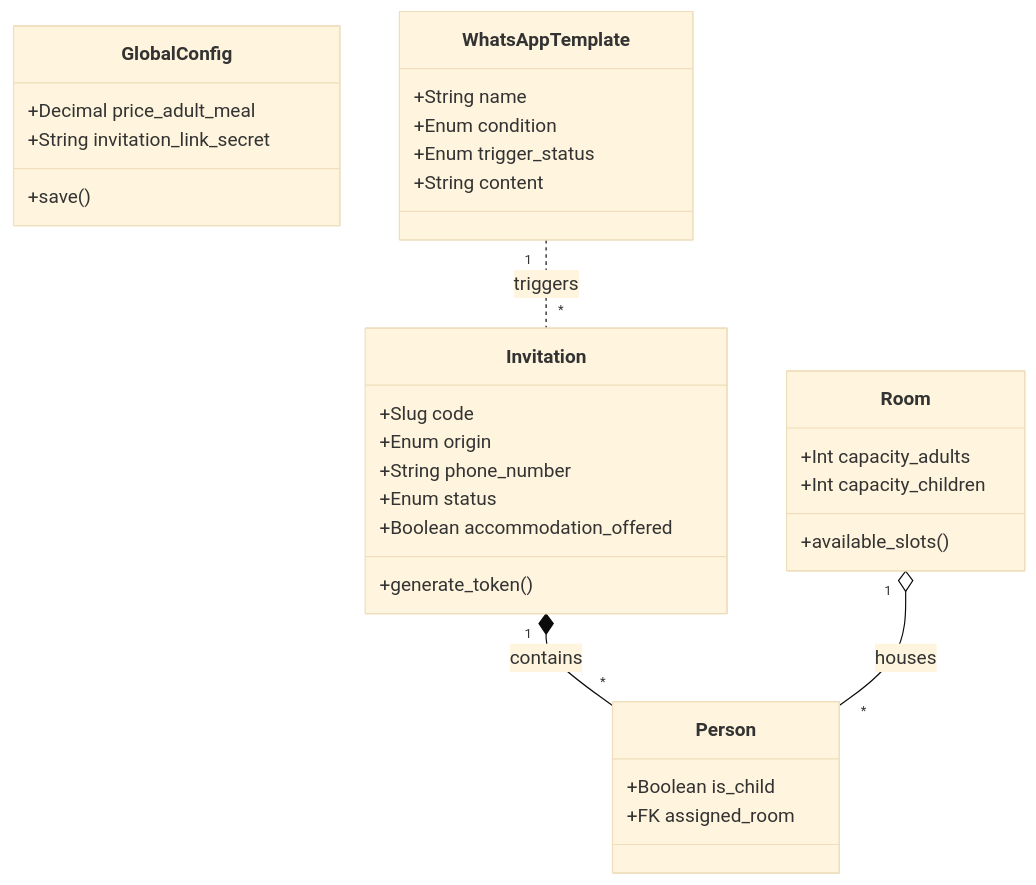
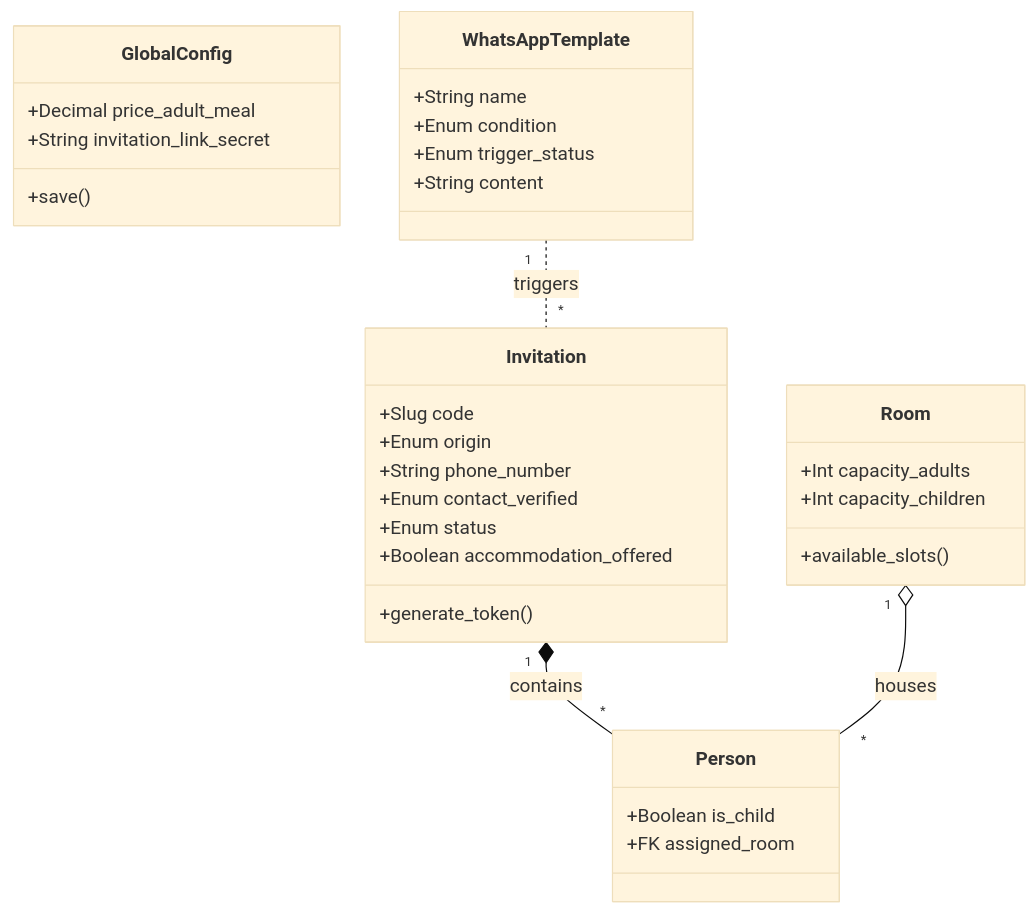
The diagram in docs/06-BACKEND-CORE.md (nemocrk/my-wedding-app), drawn with Mermaid (base theme) before and after one commit. The commit also changed other lines of this file, not shown here.

Commit message:
docs: Update Core docs with Contact Verification logic

````diff
--- a/docs/06-BACKEND-CORE.md
+++ b/docs/06-BACKEND-CORE.md
@@ -101,39 +111,40 @@
 ```mermaid
 classDiagram
     class GlobalConfig {
         +Decimal price_adult_meal
         +String invitation_link_secret
         +save()
     }
 
     class Invitation {
         +Slug code
         +Enum origin
         +String phone_number
+        +Enum contact_verified
         +Enum status
         +Boolean accommodation_offered
         +generate_token()
     }
 
     class Person {
         +Boolean is_child
         +FK assigned_room
     }
 
     class Room {
         +Int capacity_adults
         +Int capacity_children
         +available_slots()
     }
 
     class WhatsAppTemplate {
         +String name
         +Enum condition
         +Enum trigger_status
         +String content
     }
 
     Invitation "1" *-- "*" Person : contains
     Room "1" o-- "*" Person : houses
     WhatsAppTemplate "1" .. "*" Invitation : triggers
 ```
````
